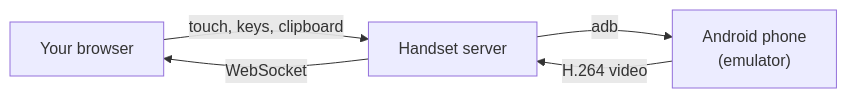
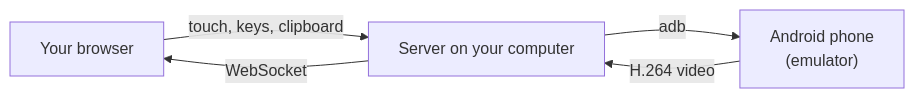
Before and after one commit to Aaryan-Saini/android-emulator-online: the diagram in README.md, drawn with Mermaid. The commit also changed other lines of this file and 15 other files, not shown here.

````diff
--- a/README.md
+++ b/README.md
@@ -69,7 +69,7 @@
 ```mermaid
 flowchart LR
-  B["Your browser"] -- "touch, keys, clipboard" --> S["Handset server"]
+  B["Your browser"] -- "touch, keys, clipboard" --> S["Server on your computer"]
   S -- "adb" --> P["Android phone<br/>(emulator)"]
   P -- "H.264 video" --> S
   S -- "WebSocket" --> B
 ```
````
